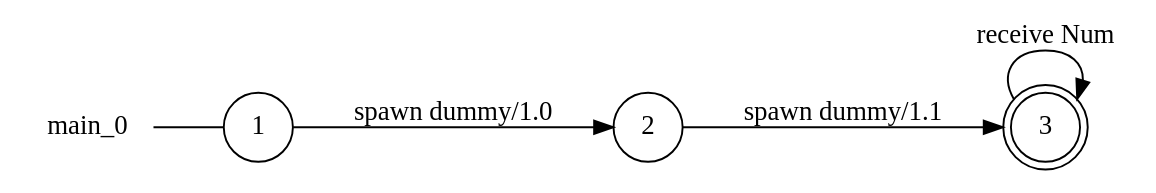
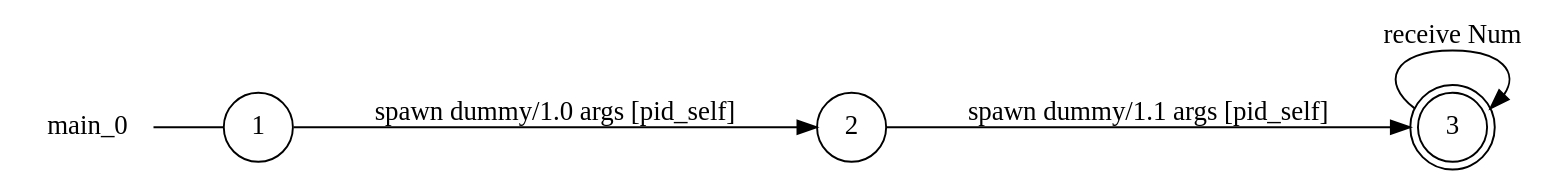
One commit to gabrielegenovese/chorer changed the diagram in examples/for-loop-recursion/main_0_local_view.dot. Above: the diagram before and after it, drawn with Graphviz. The commit also changed 78 other files, not shown here.

```diff
--- a/examples/for-loop-recursion/main_0_local_view.dot
+++ b/examples/for-loop-recursion/main_0_local_view.dot
@@ -1,12 +1,12 @@
 digraph main_0 {
 	rankdir="LR";
 	n_0 [label="main_0", shape="plaintext"];
 	n_1 [id="1", shape=circle, label="1"];
 	n_0 -> n_1 [arrowhead=none];
 	n_2 [id="2", shape=circle, label="2"];
 	n_3 [id="3", shape=doublecircle, label="3"];
 
-	n_2 -> n_3 [id="[$e|4]", label="spawn dummy/1.1"];
-	n_1 -> n_2 [id="[$e|0]", label="spawn dummy/1.0"];
-	n_3 -> n_3 [id="[$e|2]", label="receive Num"];
+	n_1 -> n_2 [id="[$e|0]", label="spawn dummy/1.0 args [pid_self]"];
+	n_2 -> n_3 [id="[$e|4]", label="spawn dummy/1.1 args [pid_self]"];
+	n_3 -> n_3 [id="[$e|1]", label="receive Num"];
 }
```
